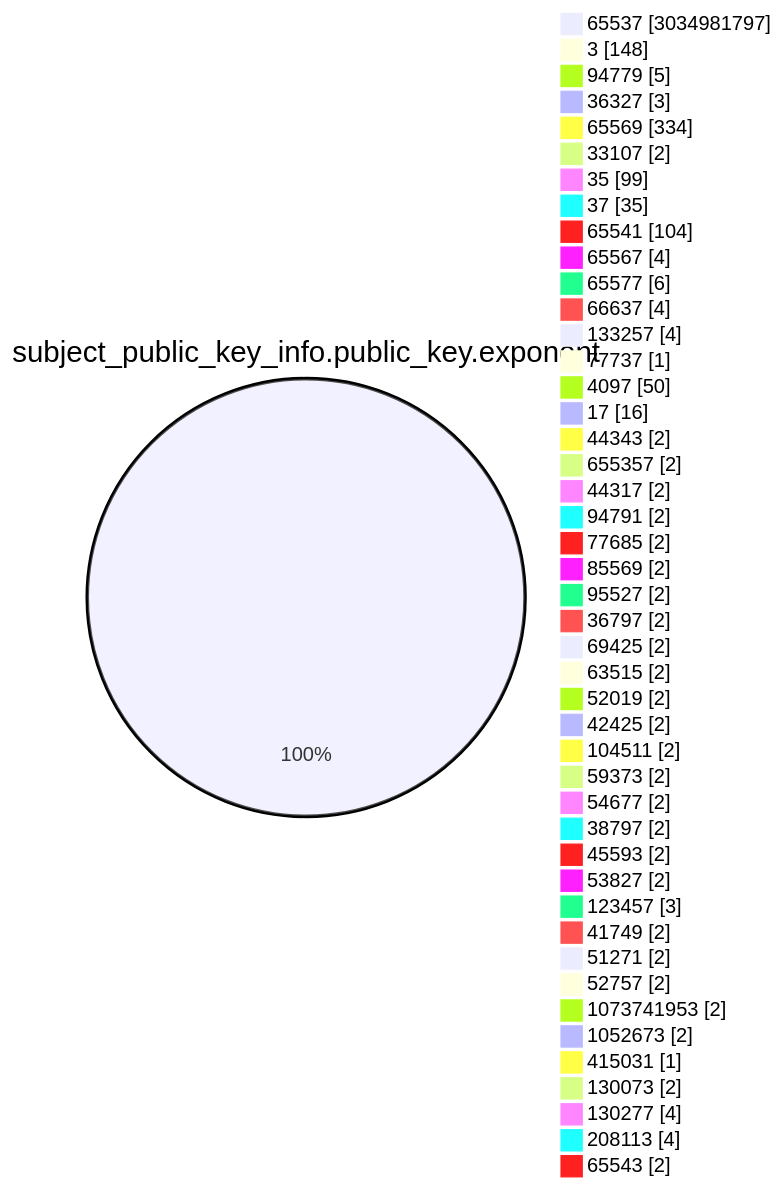
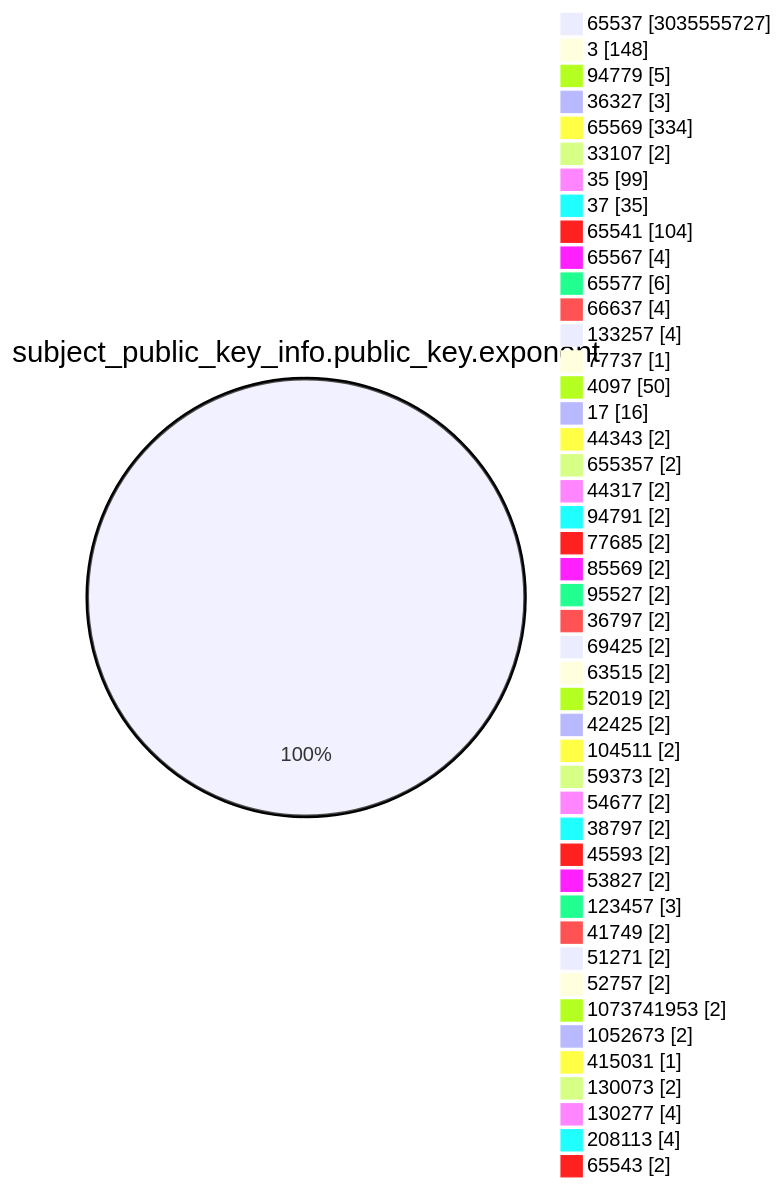
Before and after one commit to christiankrug/ctmonitor_visualization: the fourth of 15 diagrams in TOTAL/README.md, drawn with Mermaid. The commit also changed other lines of this file, not shown here.

````diff
--- a/TOTAL/README.md
+++ b/TOTAL/README.md
@@ -1473,49 +1473,49 @@
 ```mermaid
 pie showData
 title subject_public_key_info.public_key.exponent
-"65537" :3034981797
+"65537" :3035555727
 "3" :148
 "94779" :5
 "36327" :3
 "65569" :334
 "33107" :2
 "35" :99
 "37" :35
 "65541" :104
 "65567" :4
 "65577" :6
 "66637" :4
 "133257" :4
 "77737" :1
 "4097" :50
 "17" :16
 "44343" :2
 "655357" :2
 "44317" :2
 "94791" :2
 "77685" :2
 "85569" :2
 "95527" :2
 "36797" :2
 "69425" :2
 "63515" :2
 "52019" :2
 "42425" :2
 "104511" :2
 "59373" :2
 "54677" :2
 "38797" :2
 "45593" :2
 "53827" :2
 "123457" :3
 "41749" :2
 "51271" :2
 "52757" :2
 "1073741953" :2
 "1052673" :2
 "415031" :1
 "130073" :2
 "130277" :4
 "208113" :4
 "65543" :2
 ```
````
